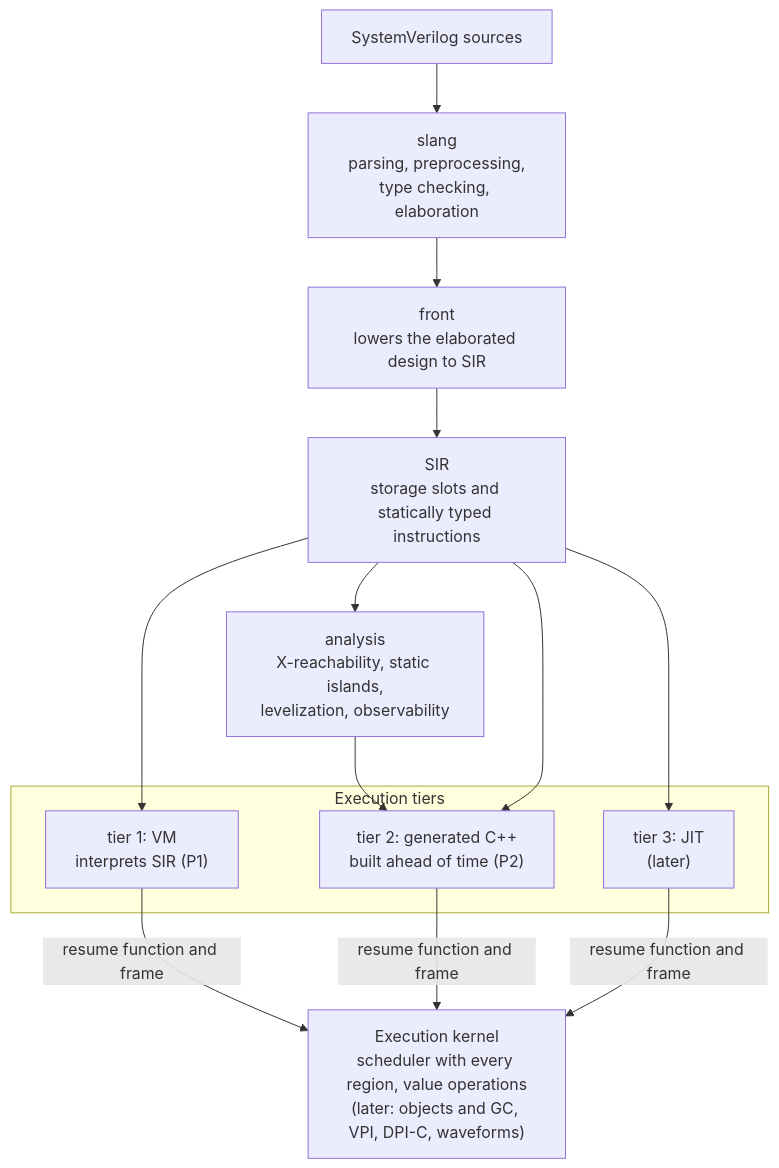
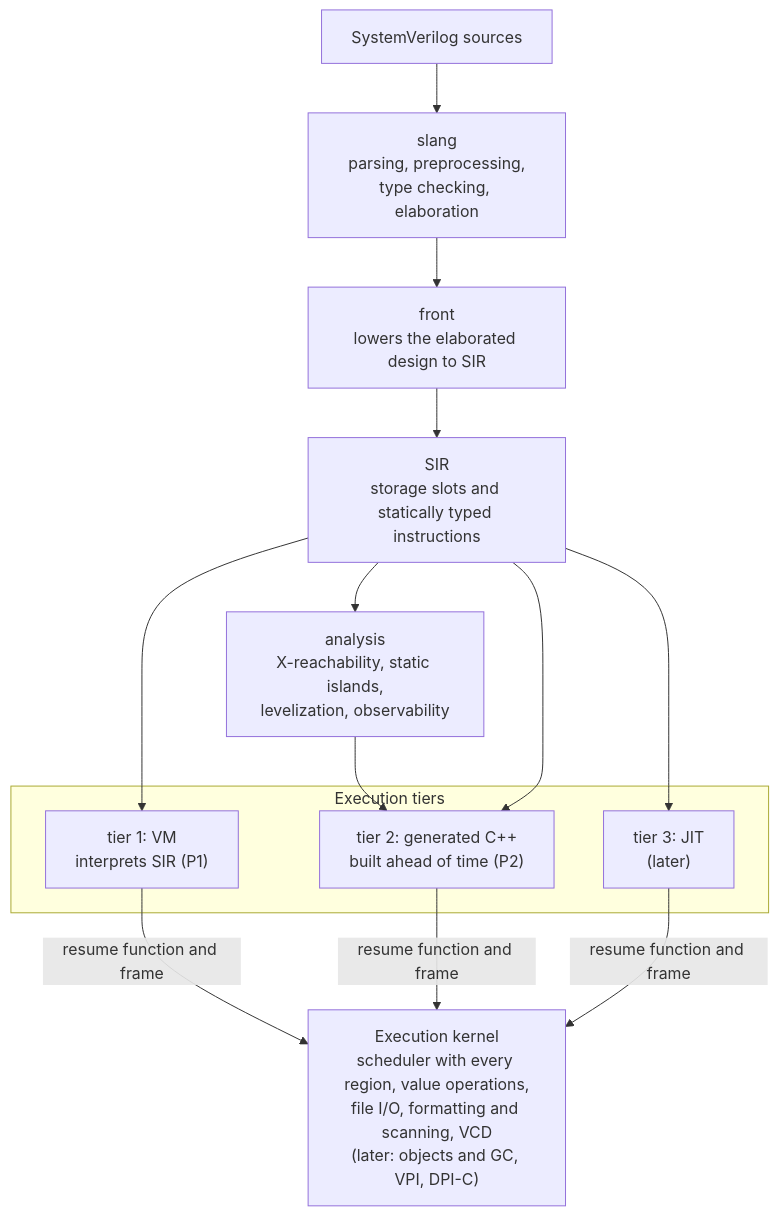
Before and after one commit to kurochan001/kirimasim: the first of 2 diagrams in docs/ARCHITECTURE.ja.md, drawn with Mermaid. The commit also changed other lines of this file and 11 other files, not shown here.

First line of the commit message:
Document recent P1 features and current architecture

````diff
--- a/docs/ARCHITECTURE.ja.md
+++ b/docs/ARCHITECTURE.ja.md
@@ -11,22 +11,22 @@
 ```mermaid
 flowchart TD
     src["SystemVerilog sources"]
     slang["slang<br/>parsing, preprocessing,<br/>type checking, elaboration"]
     front["front<br/>lowers the elaborated design to SIR"]
     sir["SIR<br/>storage slots and statically typed instructions"]
     analysis["analysis<br/>X-reachability, static islands,<br/>levelization, observability"]
     subgraph tiers["Execution tiers"]
         t1["tier 1: VM<br/>interprets SIR (P1)"]
         t2["tier 2: generated C++<br/>built ahead of time (P2)"]
         t3["tier 3: JIT<br/>(later)"]
     end
-    kernel["Execution kernel<br/>scheduler with every region, value operations<br/>(later: objects and GC, VPI, DPI-C, waveforms)"]
+    kernel["Execution kernel<br/>scheduler with every region, value operations,<br/>file I/O, formatting and scanning, VCD<br/>(later: objects and GC, VPI, DPI-C)"]
     src --> slang --> front --> sir
     sir --> t1
     sir --> analysis --> t2
     sir --> t2
     sir --> t3
     t1 -->|"resume function and frame"| kernel
     t2 -->|"resume function and frame"| kernel
     t3 -->|"resume function and frame"| kernel
 ```
````
